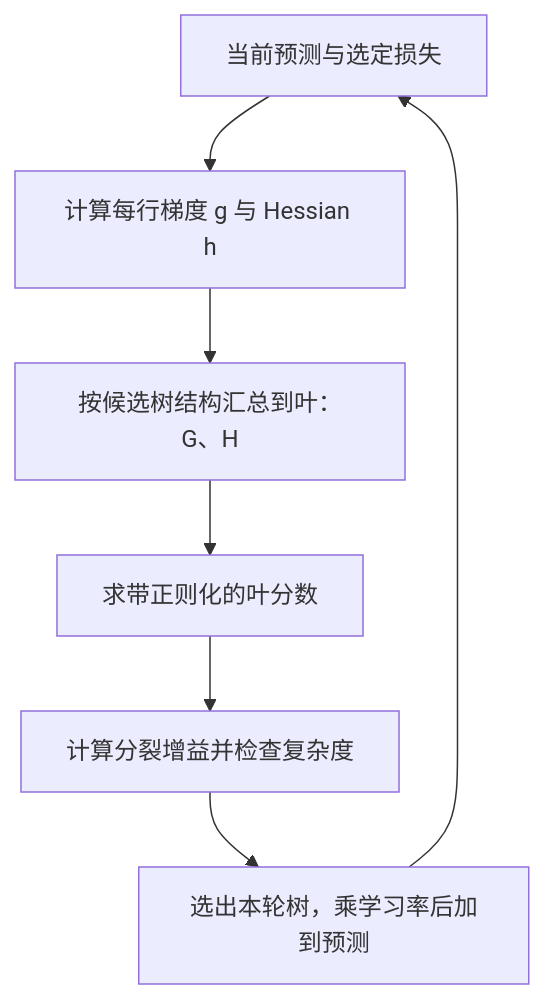
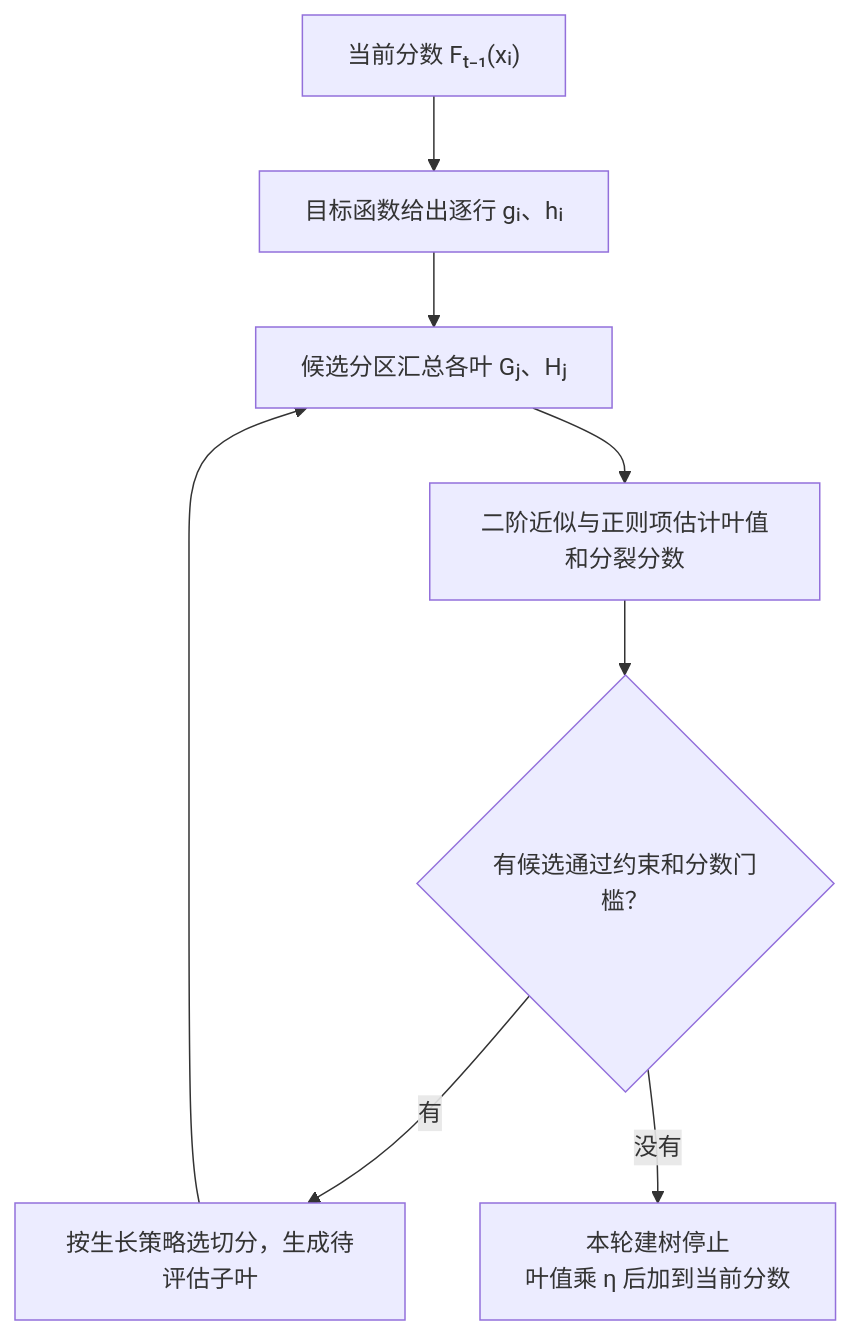
The diagram in archive/machine-learning/xgboost-objective-and-parameters.md (Negronii/MyNotes), drawn with Mermaid before and after one commit. The commit also changed other lines of this file, not shown here.

````diff
--- a/archive/machine-learning/xgboost-objective-and-parameters.md
+++ b/archive/machine-learning/xgboost-objective-and-parameters.md
@@ -5,9 +9,10 @@
-```mermaid
+~~~mermaid
 flowchart TD
-    A["当前预测与选定损失"] --> B["计算每行梯度 g 与 Hessian h"]
-    B --> C["按候选树结构汇总到叶：G、H"]
-    C --> D["求带正则化的叶分数"]
-    D --> E["计算分裂增益并检查复杂度"]
-    E --> F["选出本轮树，乘学习率后加到预测"]
-    F --> A
-```
+    A["当前分数 Fₜ₋₁(xᵢ)"] --> B["目标函数给出逐行 gᵢ、hᵢ"]
+    B --> C["候选分区汇总各叶 Gⱼ、Hⱼ"]
+    C --> D["二阶近似与正则项估计叶值和分裂分数"]
+    D --> E{"有候选通过约束和分数门槛？"}
+    E -- 有 --> G["按生长策略选切分，生成待评估子叶"]
+    G --> C
+    E -- 没有 --> F["本轮建树停止<br/>叶值乘 η 后加到当前分数"]
+~~~
````
